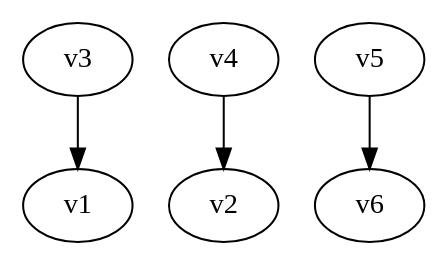
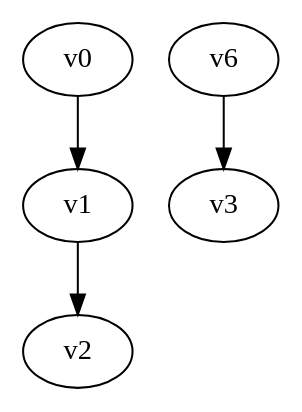
One commit to yadej/graph_project changed the diagram in digraph.dot. Above: the diagram before and after it, drawn with Graphviz. The commit also changed 2 other files, not shown here.

```diff
--- a/digraph.dot
+++ b/digraph.dot
@@ -1,5 +1,4 @@
 digraph G { 
-v3 -> v1;
-v4 -> v2;
-v5 -> v6;
+v0 -> v1 -> v2;
+v6 -> v3;
 }
```
